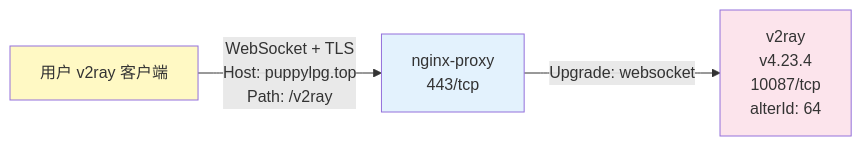
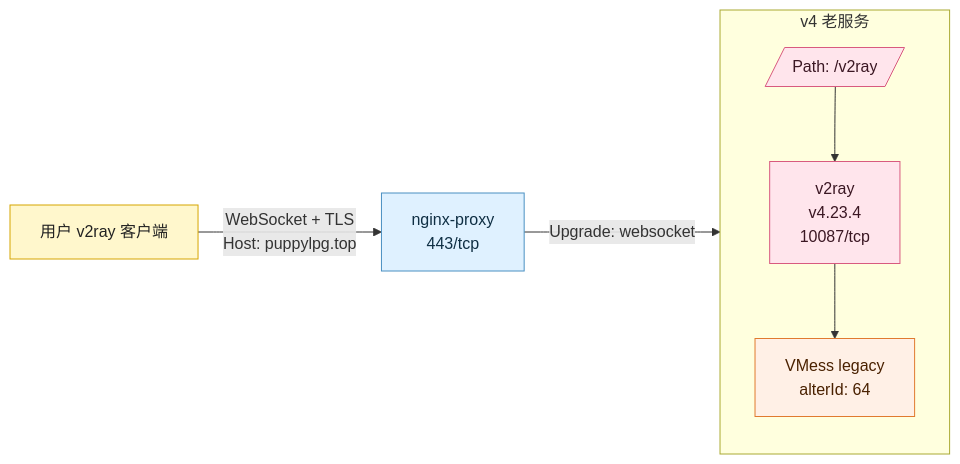
The ninth of 10 diagrams in _ai/2026-06-08-vps-docker-panorama-v2ray-v4-to-v5-upgrade.md (puppylpg/puppylpg.github.io), drawn with Mermaid before and after one commit. The commit also changed other lines of this file, not shown here.

Commit message:
docs: optimize Mermaid diagrams for VPS Docker overview

````diff
--- a/_ai/2026-06-08-vps-docker-panorama-v2ray-v4-to-v5-upgrade.md
+++ b/_ai/2026-06-08-vps-docker-panorama-v2ray-v4-to-v5-upgrade.md
@@ -151,9 +270,25 @@
 ```mermaid
 flowchart LR
-    A[用户 v2ray 客户端] -->|WebSocket + TLS<br/>Host: puppylpg.top<br/>Path: /v2ray| B[nginx-proxy<br/>443/tcp]
-    B -->|Upgrade: websocket| C[v2ray<br/>v4.23.4<br/>10087/tcp<br/>alterId: 64]
+    client[用户 v2ray 客户端]
+    proxy[nginx-proxy<br/>443/tcp]
 
-    style A fill:#fff9c4
-    style B fill:#e3f2fd
-    style C fill:#fce4ec
+    subgraph old[v4 老服务]
+        direction TB
+        path[/Path: /v2ray/]
+        v4[v2ray<br/>v4.23.4<br/>10087/tcp]
+        legacy[VMess legacy<br/>alterId: 64]
+        path --> v4 --> legacy
+    end
+
+    client -->|WebSocket + TLS<br/>Host: puppylpg.top| proxy
+    proxy -->|Upgrade: websocket| path
+
+    classDef user fill:#fff7cc,stroke:#d6a500,color:#222;
+    classDef gateway fill:#dff1ff,stroke:#4a90c2,color:#0f2f44;
+    classDef app fill:#ffe5ec,stroke:#d85a7f,color:#3b1723;
+    classDef warn fill:#fff0e6,stroke:#e07a2f,color:#4a2100;
+    class client user;
+    class proxy gateway;
+    class path,v4 app;
+    class legacy warn;
 ```
````
